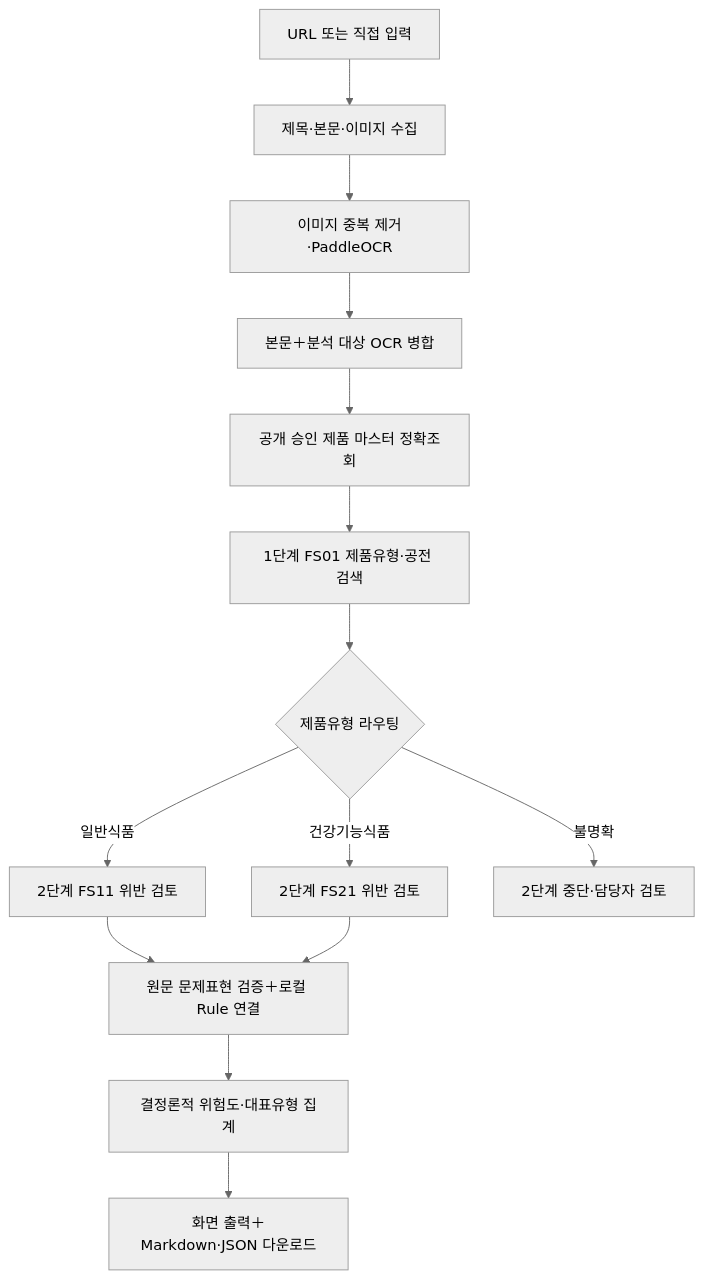
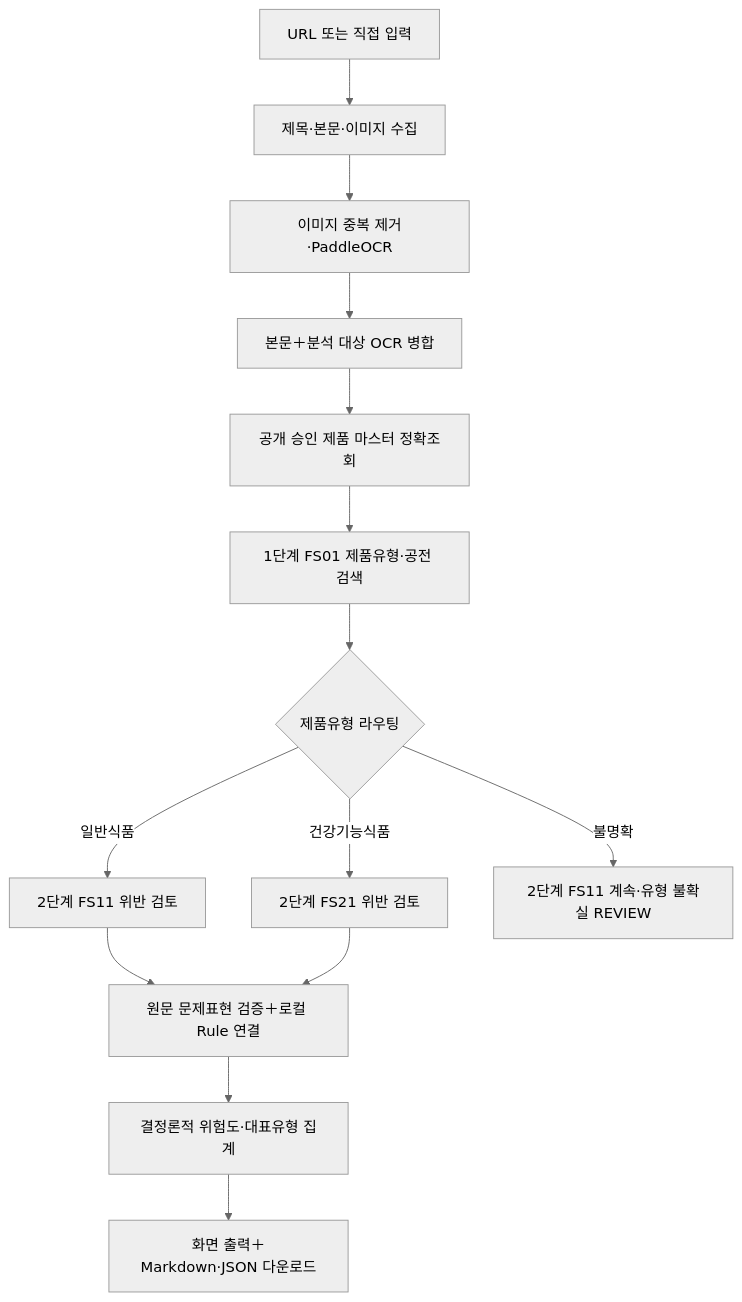
Before and after one commit to alovrc/mfds-streamlit-ocr-poc: the diagram in README.md, drawn with Mermaid (neutral theme). The commit also changed other lines of this file and 13 other files, not shown here.

````diff
--- a/README.md
+++ b/README.md
@@ -85,16 +85,16 @@
 ```mermaid
 flowchart TD
     A["URL 또는 직접 입력"] --> B["제목·본문·이미지 수집"]
     B --> C["이미지 중복 제거·PaddleOCR"]
     C --> D["본문＋분석 대상 OCR 병합"]
     D --> E["공개 승인 제품 마스터 정확조회"]
     E --> F["1단계 FS01 제품유형·공전 검색"]
     F --> G{"제품유형 라우팅"}
     G -->|일반식품| H["2단계 FS11 위반 검토"]
     G -->|건강기능식품| I["2단계 FS21 위반 검토"]
-    G -->|불명확| J["2단계 중단·담당자 검토"]
+    G -->|불명확| J["2단계 FS11 계속·유형 불확실 REVIEW"]
     H --> K["원문 문제표현 검증＋로컬 Rule 연결"]
     I --> K
     K --> L["결정론적 위험도·대표유형 집계"]
     L --> M["화면 출력＋Markdown·JSON 다운로드"]
 ```
````
